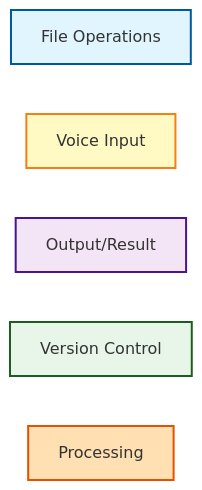
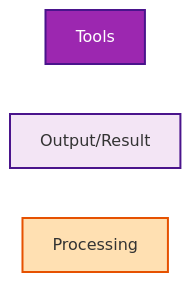
The first of 2 diagrams in Flowchart_Journaling/journaling_process.md (isidore/AIJournaling), drawn with Mermaid before and after one commit. The commit also changed other lines of this file, not shown here.

Commit message:
Step 2 - reduce types

````diff
--- a/Flowchart_Journaling/journaling_process.md
+++ b/Flowchart_Journaling/journaling_process.md
@@ -4,14 +4,10 @@
 ```mermaid
 graph LR
-    A[File Operations]:::fileOps
-    B[Voice Input]:::voiceInput
-    C[Output/Result]:::output
-    D[Version Control]:::versionControl
-    E[Processing]:::processing
+    A[Tools]:::tools
+    B[Output/Result]:::output
+    C[Processing]:::processing
     
-    classDef fileOps fill:#e1f5ff,stroke:#01579b,stroke-width:2px
-    classDef voiceInput fill:#fff9c4,stroke:#f57f17,stroke-width:2px
+    classDef tools fill:#9c27b0,stroke:#4a148c,stroke-width:2px,color:#fff
     classDef output fill:#f3e5f5,stroke:#4a148c,stroke-width:2px
-    classDef versionControl fill:#e8f5e9,stroke:#1b5e20,stroke-width:2px
     classDef processing fill:#ffe0b2,stroke:#e65100,stroke-width:2px
 ```
````
